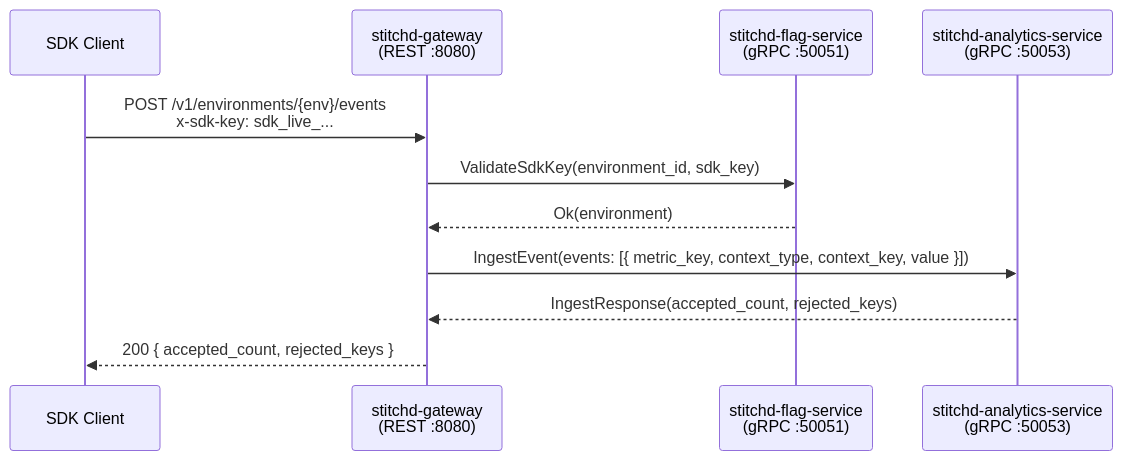
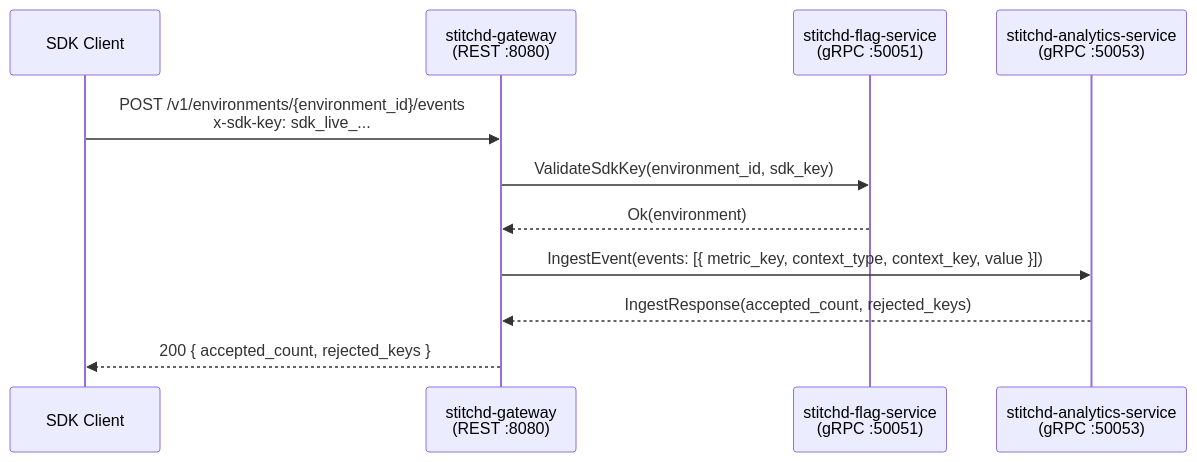
The second of 4 diagrams in docs/src/architecture/service-flows.md (stitchd-dev/feature-flag), drawn with Mermaid before and after one commit. The commit also changed other lines of this file and 11 other files, not shown here.

````diff
--- a/docs/src/architecture/service-flows.md
+++ b/docs/src/architecture/service-flows.md
@@ -35,16 +35,16 @@
 ```mermaid
 sequenceDiagram
     participant SDK as SDK Client
     participant GW as stitchd-gateway<br/>(REST :8080)
     participant FS as stitchd-flag-service<br/>(gRPC :50051)
     participant ANS as stitchd-analytics-service<br/>(gRPC :50053)
 
-    SDK->>GW: POST /v1/environments/{env}/events<br/>x-sdk-key: sdk_live_...
+    SDK->>GW: POST /v1/environments/{environment_id}/events<br/>x-sdk-key: sdk_live_...
     GW->>FS: ValidateSdkKey(environment_id, sdk_key)
     FS-->>GW: Ok(environment)
 
     GW->>ANS: IngestEvent(events: [{ metric_key, context_type, context_key, value }])
     ANS-->>GW: IngestResponse(accepted_count, rejected_keys)
 
     GW-->>SDK: 200 { accepted_count, rejected_keys }
 ```
````
